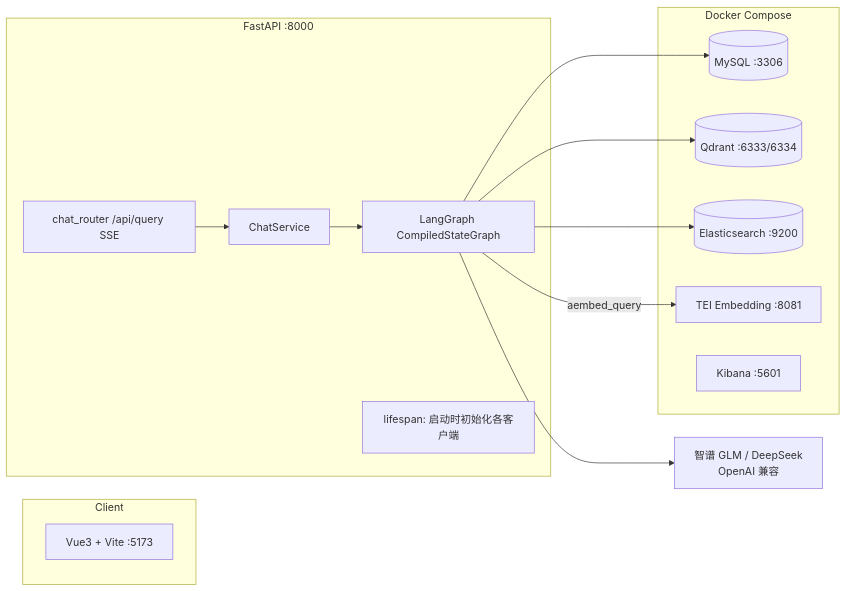
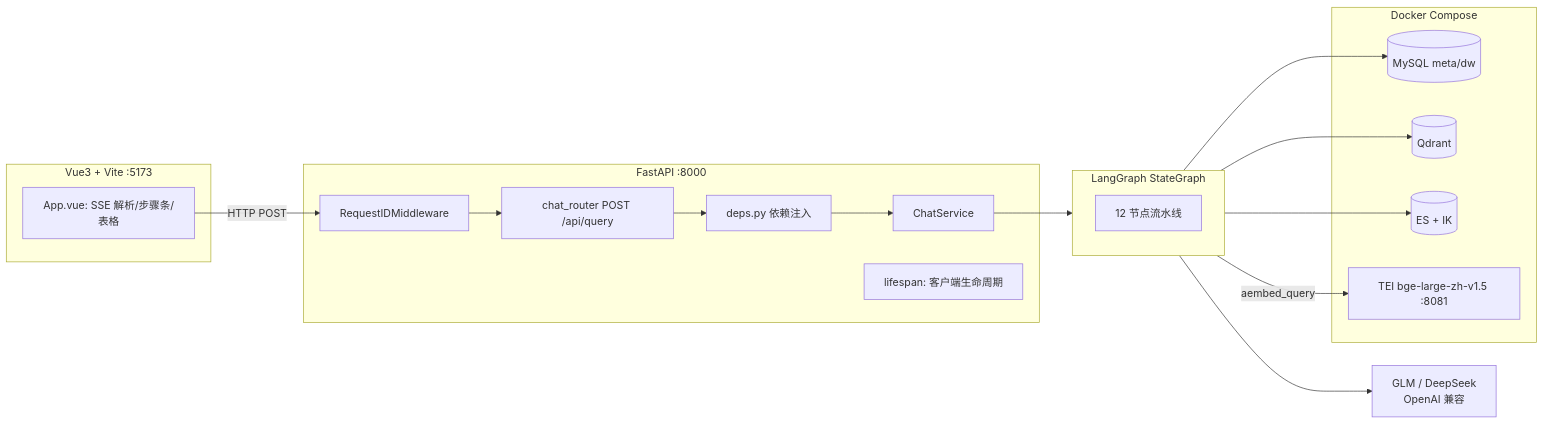
One commit to allanlvbaba/data_agent changed the first of 2 diagrams in docs/开发文档.md. Above: the diagram before and after it, drawn with Mermaid. The commit also changed other lines of this file and 2 other files, not shown here.

````diff
--- a/docs/开发文档.md
+++ b/docs/开发文档.md
@@ -9,21 +16,25 @@
 ```mermaid
 flowchart LR
-    subgraph Client
-        FE[Vue3 + Vite :5173]
+    subgraph FE[Vue3 + Vite :5173]
+        AV[App.vue: SSE 解析/步骤条/表格]
     end
-    subgraph Backend[FastAPI :8000]
-        RT[chat_router /api/query SSE] --> CS[ChatService]
-        CS --> G[LangGraph CompiledStateGraph]
-        LS[lifespan: 启动时初始化各客户端]
+    subgraph BE[FastAPI :8000]
+        MW[RequestIDMiddleware] --> RT[chat_router POST /api/query]
+        RT --> DEPS[deps.py 依赖注入] --> CS[ChatService]
+        LS[lifespan: 客户端生命周期]
     end
-    subgraph Infra[Docker Compose]
-        MY[(MySQL :3306)]
-        QD[(Qdrant :6333/6334)]
-        ES[(Elasticsearch :9200)]
-        TEI[TEI Embedding :8081]
-        KI[Kibana :5601]
+    subgraph AGENT[LangGraph StateGraph]
+        N[12 节点流水线]
     end
-    LLM[智谱 GLM / DeepSeek<br/>OpenAI 兼容]
-    G --> MY & QD & ES & LLM
-    G -->|aembed_query| TEI
+    subgraph INFRA[Docker Compose]
+        MY[(MySQL meta/dw)]
+        QD[(Qdrant)]
+        ES[(ES + IK)]
+        TEI[TEI bge-large-zh-v1.5 :8081]
+    end
+    LLM[GLM / DeepSeek<br/>OpenAI 兼容]
+    AV -->|HTTP POST| MW
+    CS --> AGENT
+    AGENT --> MY & QD & ES & LLM
+    AGENT -->|aembed_query| TEI
 ```
````
